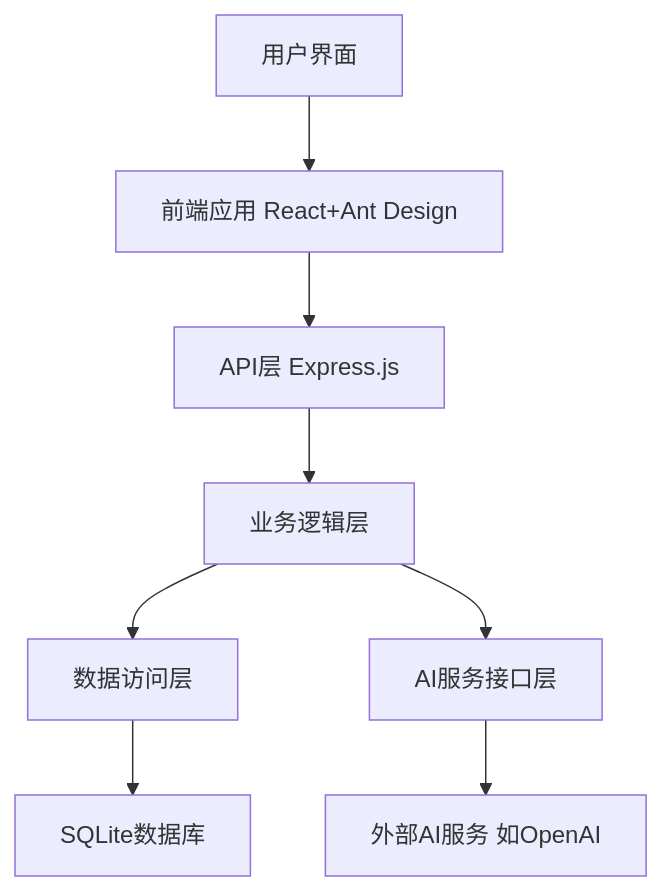
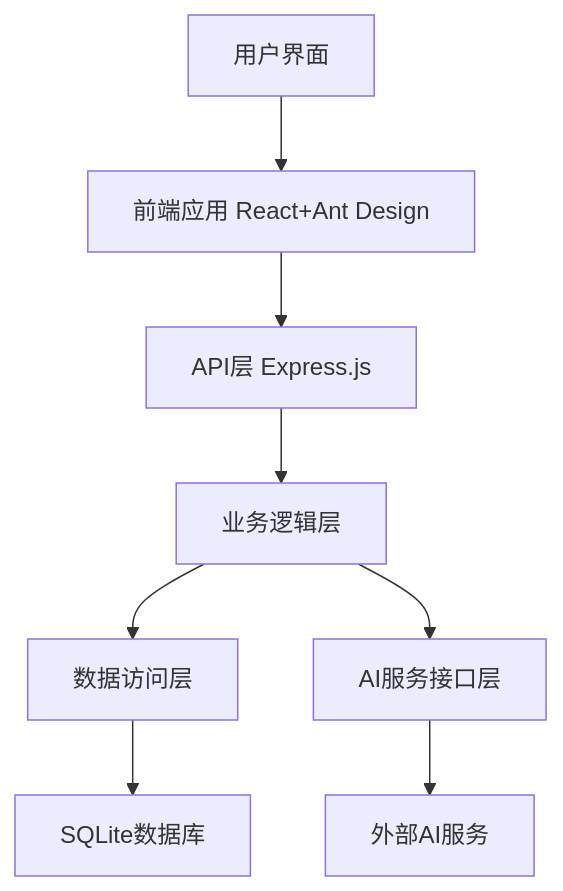
One commit to Rainytroy/Netsphere-Open changed the diagram in README.md. Above: the diagram before and after it, drawn with Mermaid. The commit also changed other lines of this file and 88 other files, not shown here.

````diff
--- a/README.md
+++ b/README.md
@@ -41,10 +97,10 @@
 ```mermaid
 graph TD
     A[用户界面] --> B[前端应用 React+Ant Design]
     B --> C[API层 Express.js]
     C --> D[业务逻辑层]
     D --> E[数据访问层]
     E --> F[SQLite数据库]
     D --> G[AI服务接口层]
-    G --> H[外部AI服务 如OpenAI]
+    G --> H[外部AI服务]
 ```
````
